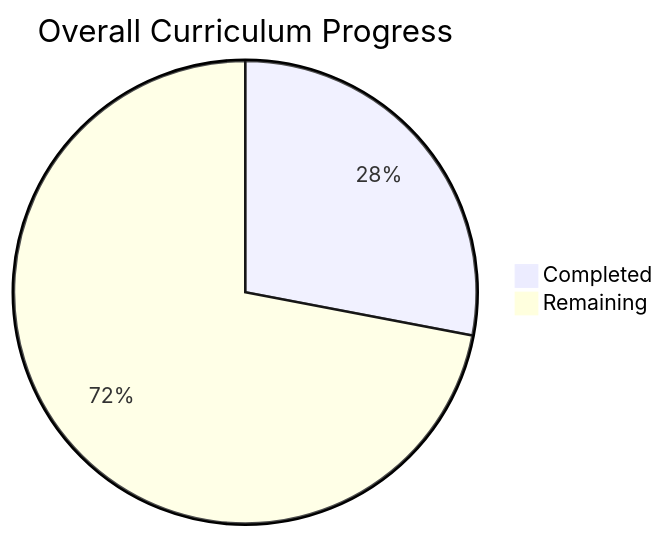
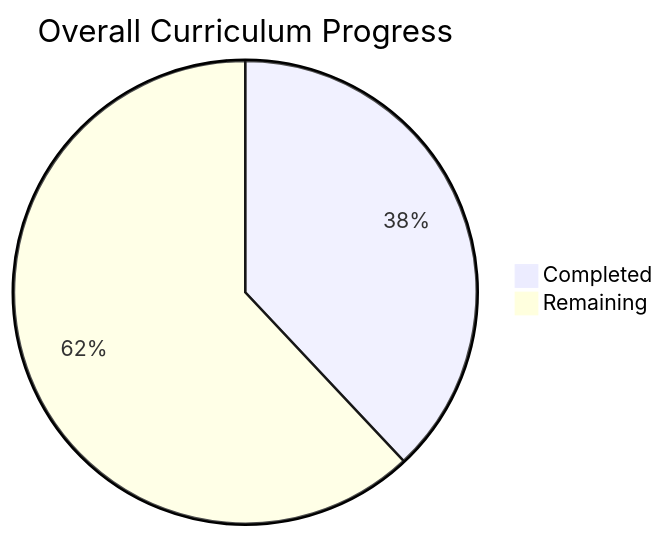
The second of 3 diagrams in learning-system/progress/PROGRESS.md (Muazislam/FullStack-Engineering-Education), drawn with Mermaid before and after one commit. The commit also changed other lines of this file and 2 other files, not shown here.

````diff
--- a/learning-system/progress/PROGRESS.md
+++ b/learning-system/progress/PROGRESS.md
@@ -82,5 +82,5 @@
 ```mermaid
 pie title Overall Curriculum Progress
-  "Completed" : 28
-  "Remaining" : 72
+  "Completed" : 38
+  "Remaining" : 62
 ```
````
